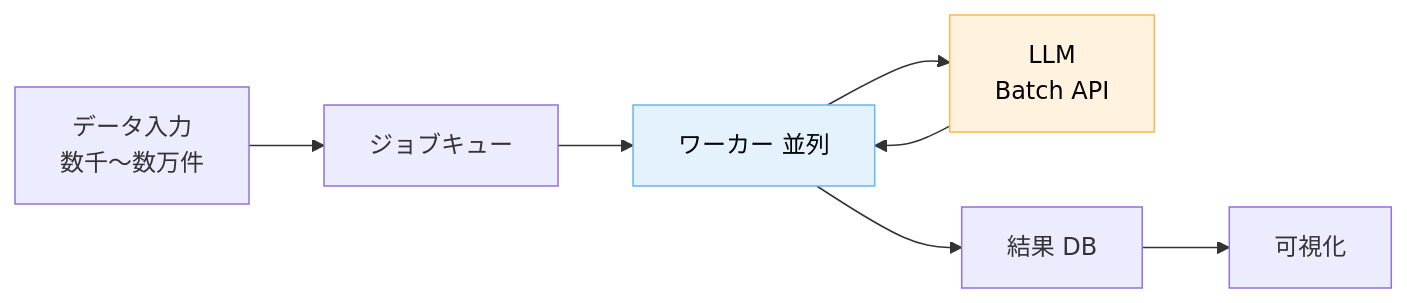
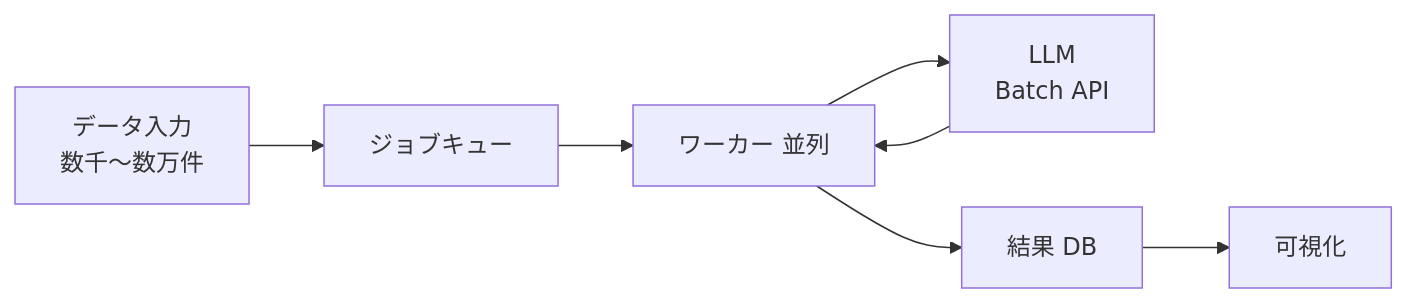
The sixth of 7 diagrams in docs/concepts/llm-アプリの-5-つの典型アーキテクチャパターン.md (dinekt/dinekt-wiki), drawn with Mermaid before and after one commit. The commit also changed other lines of this file and 70 other files, not shown here.

First line of the commit message:
fix(mermaid): strip all inline styling, rely on theme

````diff
--- a/docs/concepts/llm-アプリの-5-つの典型アーキテクチャパターン.md
+++ b/docs/concepts/llm-アプリの-5-つの典型アーキテクチャパターン.md
@@ -136,12 +126,10 @@
 ```mermaid
 flowchart LR
     D[データ入力<br/>数千〜数万件] --> Q[ジョブキュー]
     Q --> W[ワーカー 並列]
     W --> L[LLM<br/>Batch API]
     L --> W
     W --> R[結果 DB]
     R --> V[可視化]
 
-    style L fill:#fff3e0,stroke:#ffb74d,color:#000
-    style W fill:#e3f2fd,stroke:#64b5f6,color:#000
 ```
````
